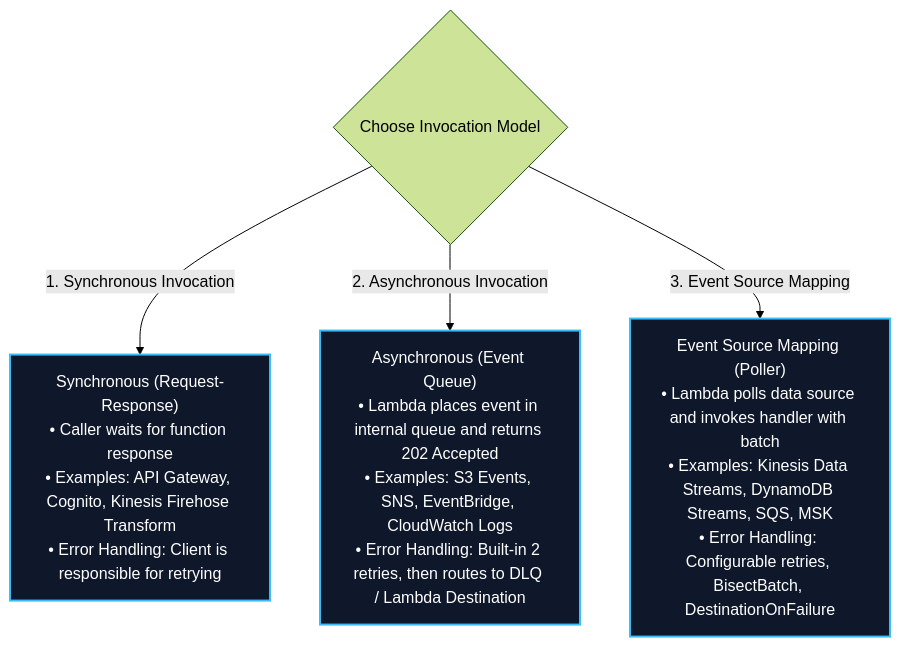
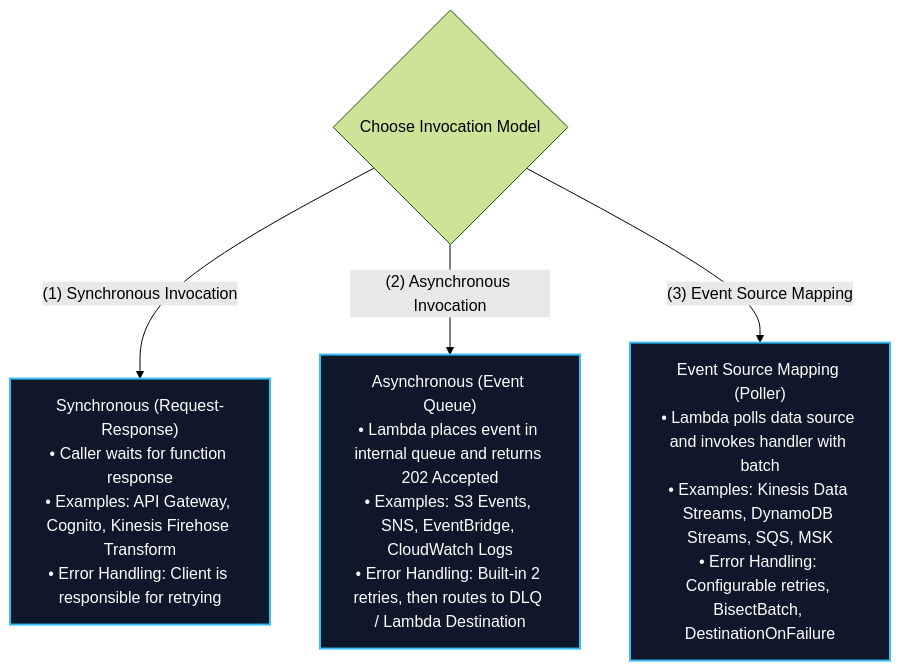
The second of 7 diagrams in content/02-services/compute-containers/lambda.md (Wathon/aws-dea-c01-note), drawn with Mermaid (forest theme) before and after one commit. The commit also changed other lines of this file and 19 other files, not shown here.

Commit message:
fix(mermaid): resolve 'Unsupported markdown: list' rendering issues across all diagram node and edge labels

````diff
--- a/content/02-services/compute-containers/lambda.md
+++ b/content/02-services/compute-containers/lambda.md
@@ -125,13 +125,13 @@
 ```mermaid
 graph TD
     InvocationType{Choose Invocation Model}
 
-    InvocationType -->|"1. Synchronous Invocation"| Sync["Synchronous (Request-Response)<br/>• Caller waits for function response<br/>• Examples: API Gateway, Cognito, Kinesis Firehose Transform<br/>• Error Handling: Client is responsible for retrying"]
+    InvocationType -->|"(1) Synchronous Invocation"| Sync["Synchronous (Request-Response)<br/>• Caller waits for function response<br/>• Examples: API Gateway, Cognito, Kinesis Firehose Transform<br/>• Error Handling: Client is responsible for retrying"]
 
-    InvocationType -->|"2. Asynchronous Invocation"| Async["Asynchronous (Event Queue)<br/>• Lambda places event in internal queue and returns 202 Accepted<br/>• Examples: S3 Events, SNS, EventBridge, CloudWatch Logs<br/>• Error Handling: Built-in 2 retries, then routes to DLQ / Lambda Destination"]
+    InvocationType -->|"(2) Asynchronous Invocation"| Async["Asynchronous (Event Queue)<br/>• Lambda places event in internal queue and returns 202 Accepted<br/>• Examples: S3 Events, SNS, EventBridge, CloudWatch Logs<br/>• Error Handling: Built-in 2 retries, then routes to DLQ / Lambda Destination"]
 
-    InvocationType -->|"3. Event Source Mapping"| ESM["Event Source Mapping (Poller)<br/>• Lambda polls data source and invokes handler with batch<br/>• Examples: Kinesis Data Streams, DynamoDB Streams, SQS, MSK<br/>• Error Handling: Configurable retries, BisectBatch, DestinationOnFailure"]
+    InvocationType -->|"(3) Event Source Mapping"| ESM["Event Source Mapping (Poller)<br/>• Lambda polls data source and invokes handler with batch<br/>• Examples: Kinesis Data Streams, DynamoDB Streams, SQS, MSK<br/>• Error Handling: Configurable retries, BisectBatch, DestinationOnFailure"]
 
     classDef model fill:#0f172a,stroke:#38bdf8,stroke-width:2px,color:#fff;
     class Sync,Async,ESM model;
 ```
````
